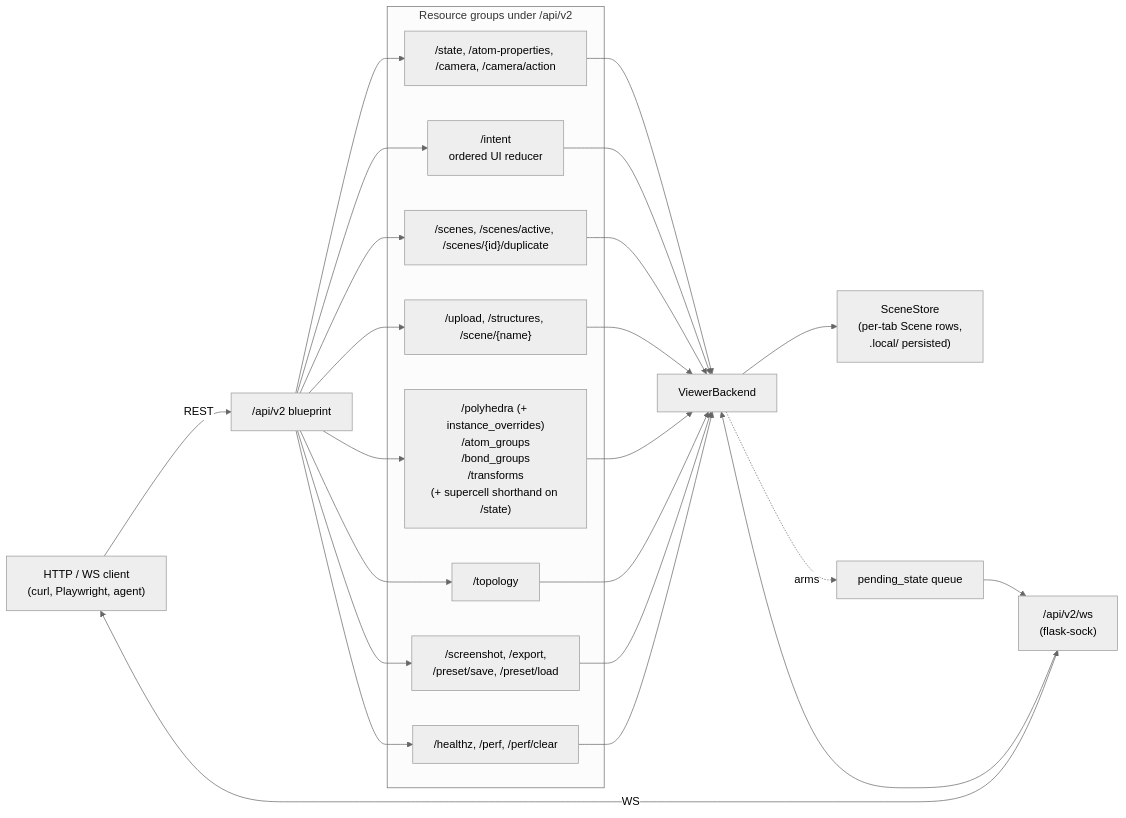
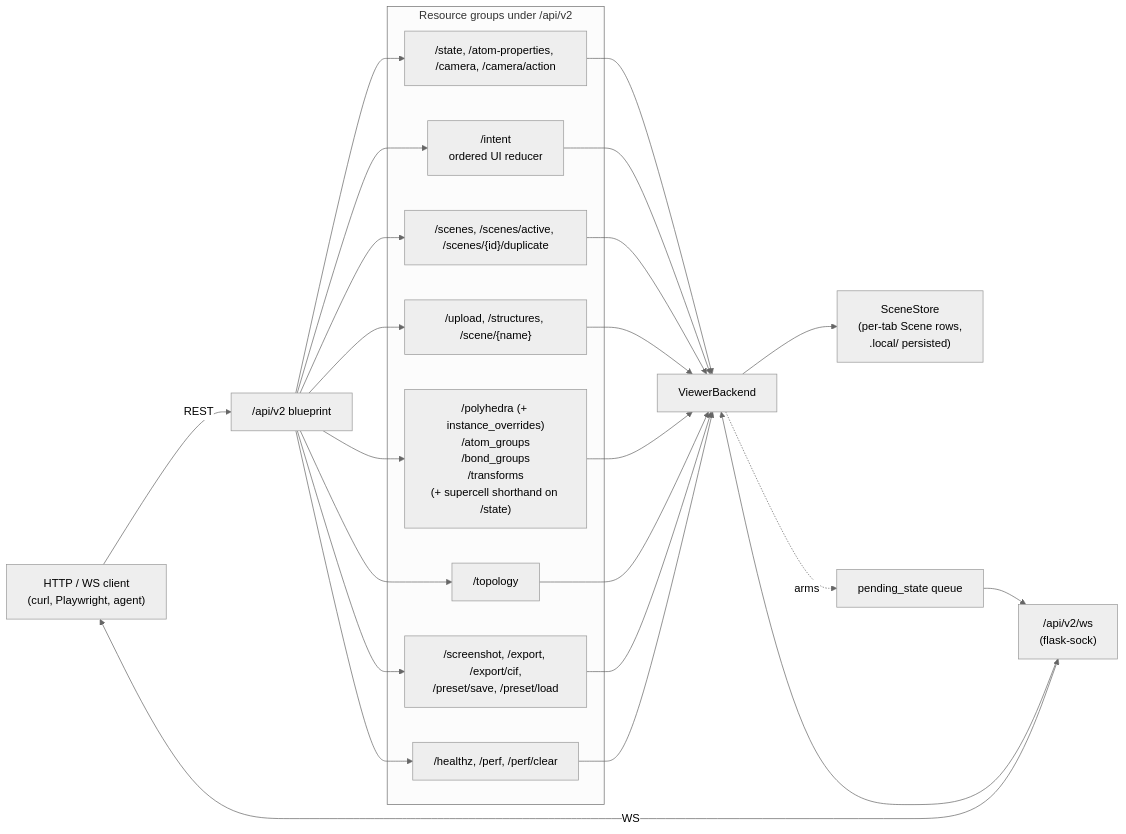
One commit to SchrodingersCattt/MatterVis changed the first of 3 diagrams in docs/agents/dash_service.md. Above: the diagram before and after it, drawn with Mermaid (neutral theme). The commit also changed other lines of this file and 30 other files, not shown here.

````diff
--- a/docs/agents/dash_service.md
+++ b/docs/agents/dash_service.md
@@ -22,39 +22,39 @@
 ```mermaid
 flowchart LR
     CLIENT["HTTP / WS client<br/>(curl, Playwright, agent)"]
     CLIENT -->|REST| API["/api/v2 blueprint"]
     CLIENT <-->|WS| WS["/api/v2/ws<br/>(flask-sock)"]
 
     subgraph RES["Resource groups under /api/v2"]
         STATE["/state, /atom-properties, /camera, /camera/action"]
         INTENT["/intent<br/>ordered UI reducer"]
         SCENES["/scenes, /scenes/active, /scenes/{id}/duplicate"]
         STRUCT["/upload, /structures, /scene/{name}"]
         OVERLAY["/polyhedra (+ instance_overrides)<br/>/atom_groups<br/>/bond_groups<br/>/transforms<br/>(+ supercell shorthand on /state)"]
         TOPO["/topology"]
-        EXPORT["/screenshot, /export,<br/>/preset/save, /preset/load"]
+        EXPORT["/screenshot, /export, /export/cif,<br/>/preset/save, /preset/load"]
         OBS["/healthz, /perf, /perf/clear"]
     end
 
     API --> STATE
     API --> INTENT
     API --> SCENES
     API --> STRUCT
     API --> OVERLAY
     API --> TOPO
     API --> EXPORT
     API --> OBS
 
     STATE --> BACK["ViewerBackend"]
     INTENT --> BACK
     SCENES --> BACK
     STRUCT --> BACK
     OVERLAY --> BACK
     TOPO --> BACK
     EXPORT --> BACK
     OBS --> BACK
     WS --> BACK
     BACK --> STORE["SceneStore<br/>(per-tab Scene rows,<br/>.local/ persisted)"]
     BACK -. "arms" .-> PEND["pending_state queue"]
     PEND --> WS
 ```
````
